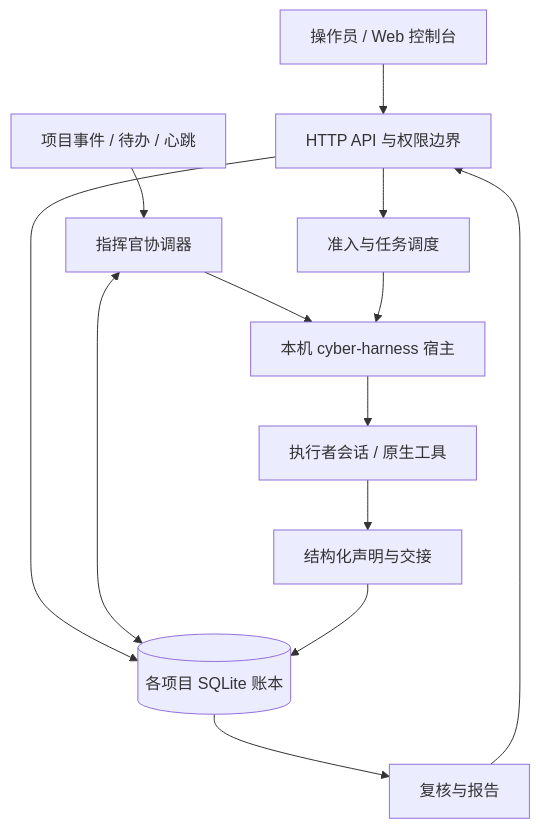
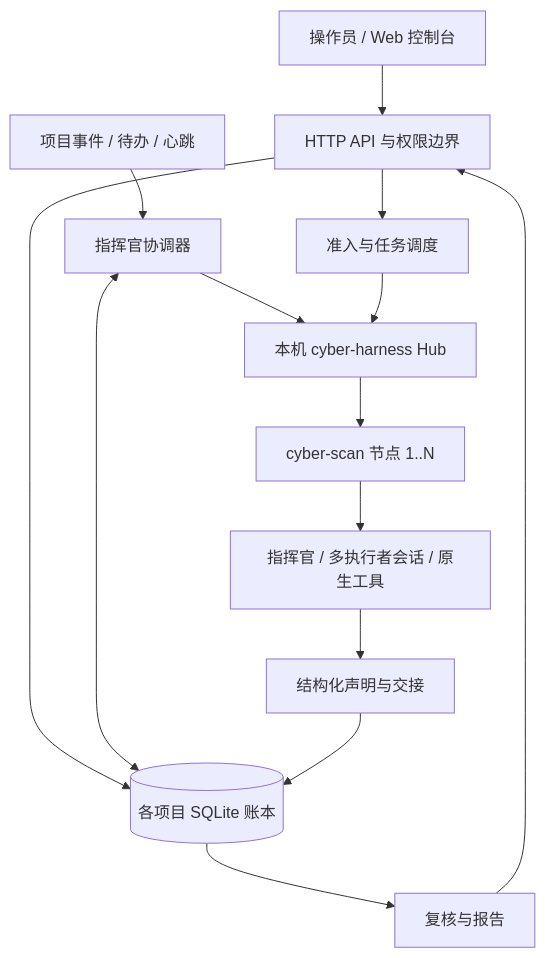
The diagram in docs/01-architecture.md (c1ayooo/4zrcin), drawn with Mermaid before and after one commit. The commit also changed other lines of this file and 394 other files, not shown here.

Commit message:
feat: complete hub-scan single-node integration

````diff
--- a/docs/01-architecture.md
+++ b/docs/01-architecture.md
@@ -11,15 +11,16 @@
 ```mermaid
 flowchart TD
     UI[操作员 / Web 控制台] --> API[HTTP API 与权限边界]
     API --> Ledger[(各项目 SQLite 账本)]
     API --> Dispatcher[准入与任务调度]
     Events[项目事件 / 待办 / 心跳] --> Commander[指挥官协调器]
     Commander <--> Ledger
-    Commander --> Harness[本机 cyber-harness 宿主]
+    Commander --> Harness[本机 cyber-harness Hub]
     Dispatcher --> Harness
-    Harness --> Worker[执行者会话 / 原生工具]
+    Harness --> Scan[cyber-scan 节点 1..N]
+    Scan --> Worker[指挥官 / 多执行者会话 / 原生工具]
     Worker --> Handoff[结构化声明与交接]
     Handoff --> Ledger
     Ledger --> Review[复核与报告]
     Review --> API
 ```
````
